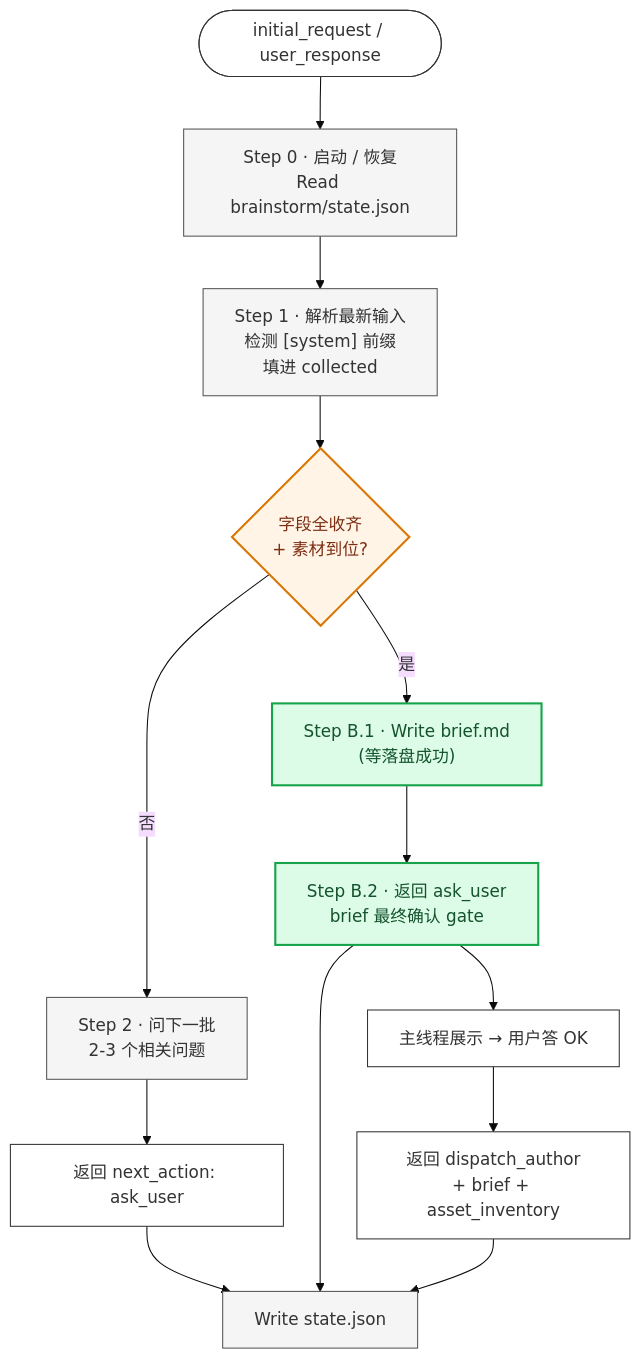
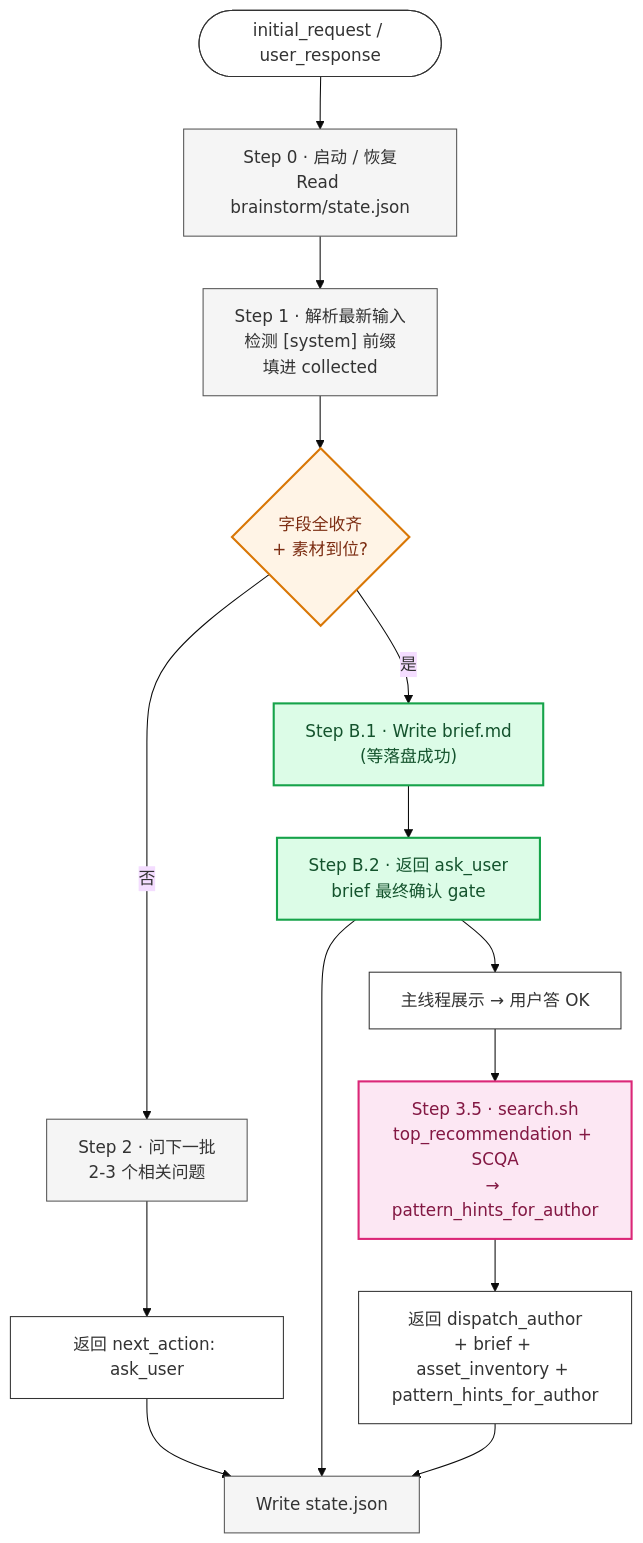
One commit to rogerluo2016ROL/iLovePPT changed the sixth of 11 diagrams in docs/agent-internals.zh.md. Above: the diagram before and after it, drawn with Mermaid (base theme). The commit also changed other lines of this file, not shown here.

First line of the commit message:
docs(agent-internals): rewrite by capability axis (v2) + all flowcharts to mermaid

````diff
--- a/docs/agent-internals.zh.md
+++ b/docs/agent-internals.zh.md
@@ -130,25 +546,28 @@
 ```mermaid
 flowchart TB
     I([initial_request / user_response]) --> S0
     S0["Step 0 · 启动 / 恢复<br/>Read brainstorm/state.json"] --> S1
     S1["Step 1 · 解析最新输入<br/>检测 [system] 前缀<br/>填进 collected"] --> S2
     S2{字段全收齐<br/>+ 素材到位?}
     S2 -->|否| S3["Step 2 · 问下一批<br/>2-3 个相关问题"] --> SA["返回 next_action: ask_user"]
     S2 -->|是| BG["Step B.1 · Write brief.md<br/>(等落盘成功)"]
     BG --> BG2["Step B.2 · 返回 ask_user<br/>brief 最终确认 gate"]
     BG2 --> SB["主线程展示 → 用户答 OK"]
-    SB --> SC["返回 dispatch_author<br/>+ brief + asset_inventory"]
+    SB --> RAG["Step 3.5 · search.sh<br/>top_recommendation + SCQA<br/>→ pattern_hints_for_author"]
+    RAG --> SC["返回 dispatch_author<br/>+ brief + asset_inventory + pattern_hints_for_author"]
     SA --> W["Write state.json"]
     BG2 --> W
     SC --> W
 
     classDef io fill:#FFF,stroke:#333
     classDef step fill:#F5F5F5,stroke:#555
     classDef gate fill:#FFF4E6,stroke:#D97706,stroke-width:2px,color:#7C2D12
     classDef stage fill:#DCFCE7,stroke:#16A34A,stroke-width:2px,color:#14532D
+    classDef rag fill:#FCE7F3,stroke:#DB2777,stroke-width:2px,color:#831843
 
     class I,SA,SB,SC io
     class S0,S1,S3,W step
     class S2 gate
     class BG,BG2 stage
+    class RAG rag
 ```
````
